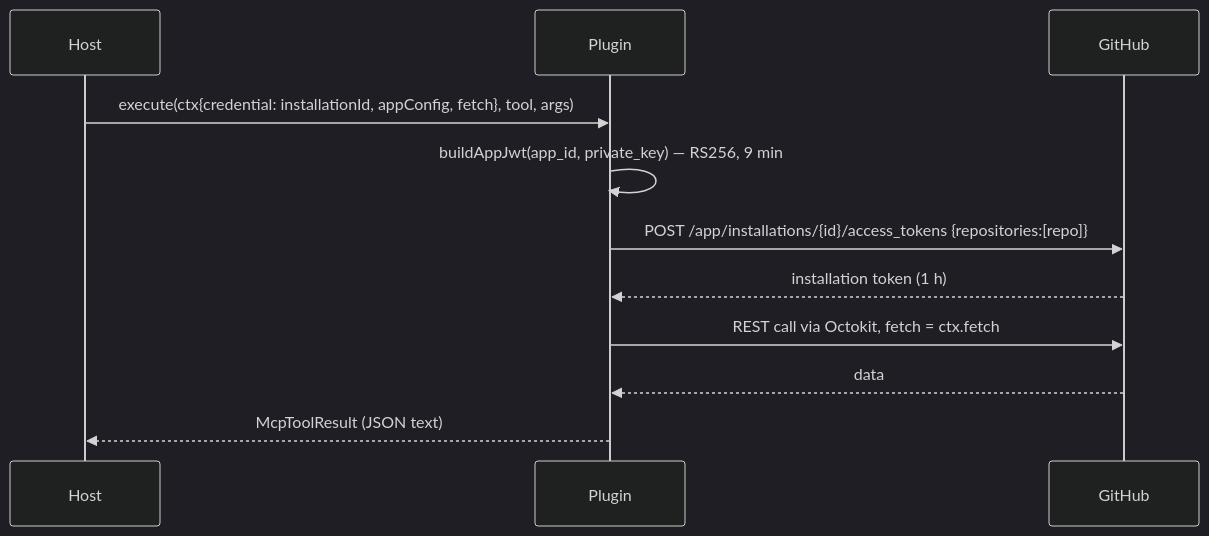
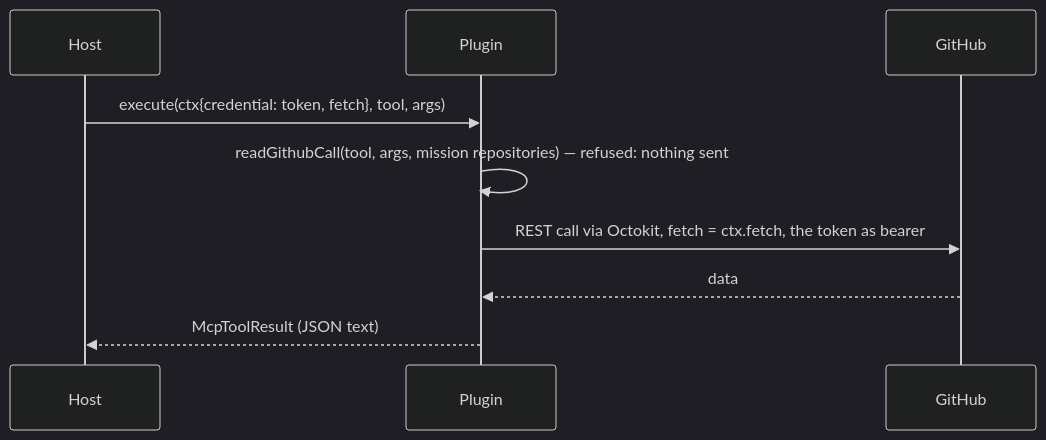
The diagram in docs/handbook/providers/github.md (vaubaan/gateway), drawn with Mermaid (dark theme) before and after one commit. The commit also changed other lines of this file and 37 other files, not shown here.

````diff
--- a/docs/handbook/providers/github.md
+++ b/docs/handbook/providers/github.md
@@ -92,13 +80,11 @@
 ```mermaid
 sequenceDiagram
   participant Host
   participant Plugin
   participant GitHub
-  Host->>Plugin: execute(ctx{credential: installationId, appConfig, fetch}, tool, args)
-  Plugin->>Plugin: buildAppJwt(app_id, private_key) — RS256, 9 min
-  Plugin->>GitHub: POST /app/installations/{id}/access_tokens {repositories:[repo]}
-  GitHub-->>Plugin: installation token (1 h)
-  Plugin->>GitHub: REST call via Octokit, fetch = ctx.fetch
+  Host->>Plugin: execute(ctx{credential: token, fetch}, tool, args)
+  Plugin->>Plugin: readGithubCall(tool, args, mission repositories) — refused: nothing sent
+  Plugin->>GitHub: REST call via Octokit, fetch = ctx.fetch, the token as bearer
   GitHub-->>Plugin: data
   Plugin-->>Host: McpToolResult (JSON text)
 ```
````
